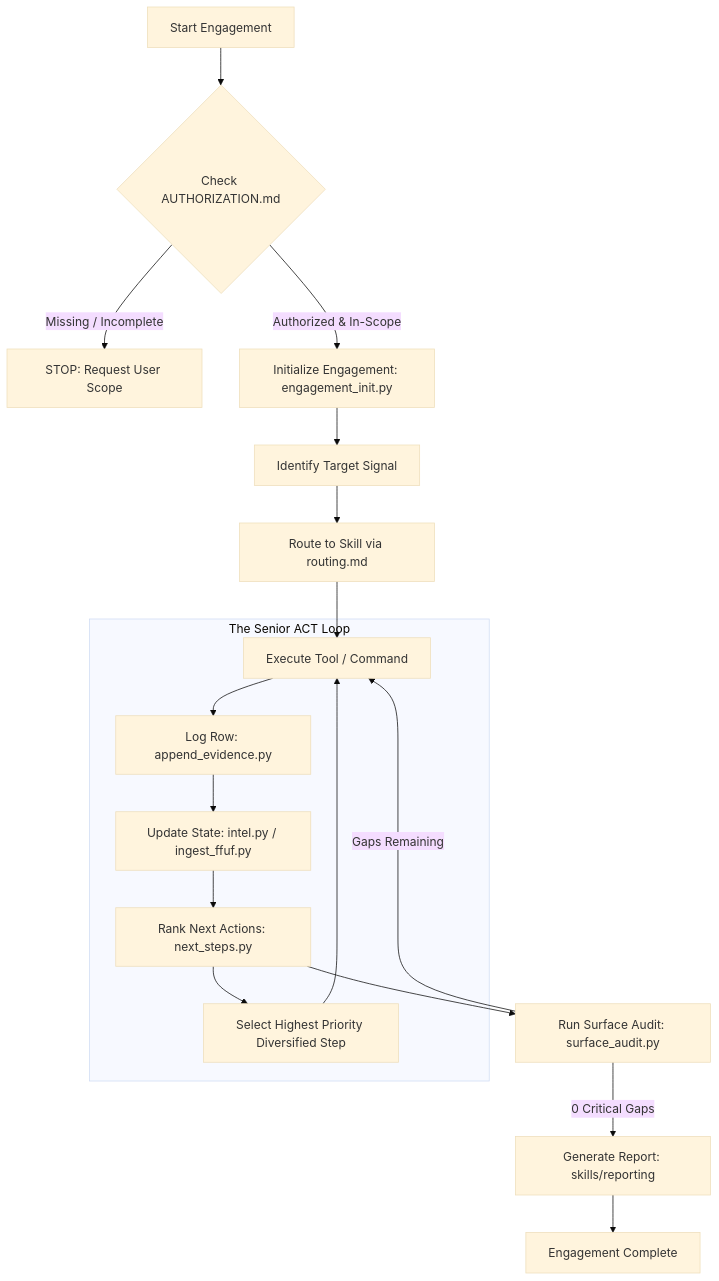
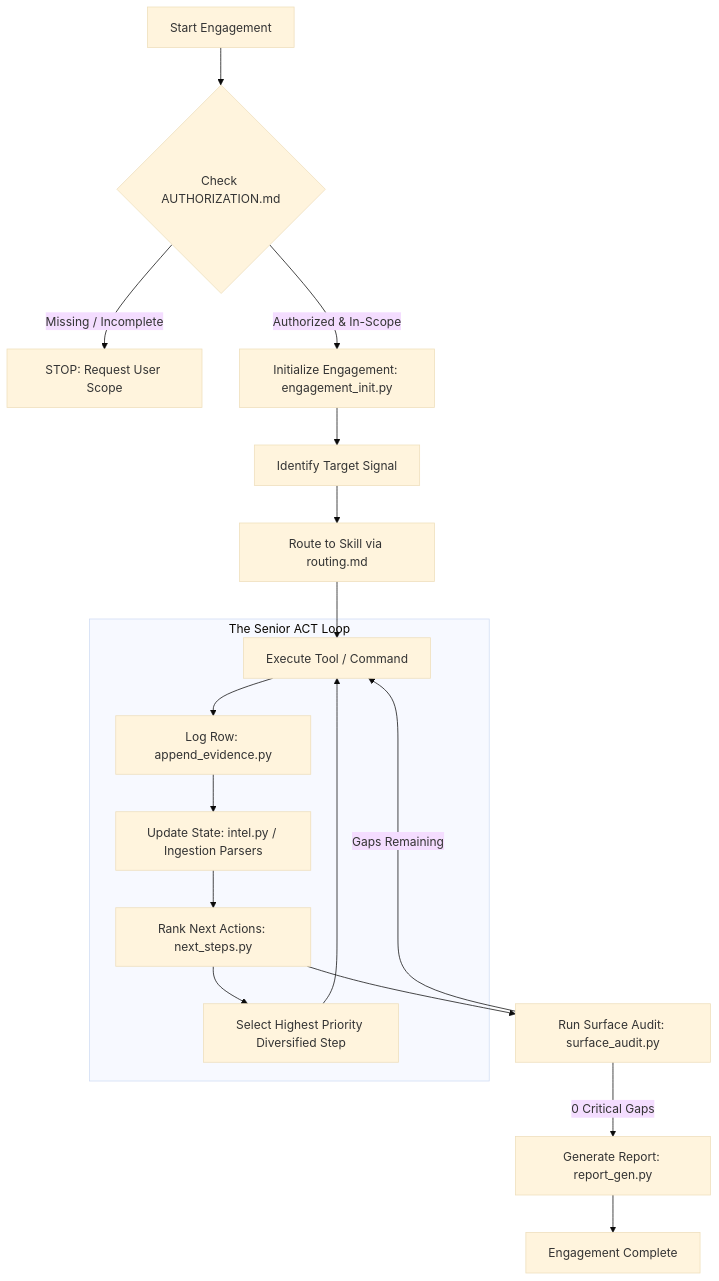
Before and after one commit to shubhadeepsec/kali-agent: the diagram in README.md, drawn with Mermaid (base theme). The commit also changed other lines of this file and 12 other files, not shown here.

Commit message:
feat: Add unified pskill CLI, report generator, tool parsers (httpx, nuclei, swagger), and ai-llm-security playbook

````diff
--- a/README.md
+++ b/README.md
@@ -64,24 +65,24 @@
 ```mermaid
 flowchart TD
     A[Start Engagement] --> B{Check AUTHORIZATION.md}
     B -- Missing / Incomplete --> C[STOP: Request User Scope]
     B -- Authorized & In-Scope --> D[Initialize Engagement: engagement_init.py]
     
     D --> E[Identify Target Signal]
     E --> F[Route to Skill via routing.md]
     
     subgraph Senior_ACT_Loop [The Senior ACT Loop]
         G[Execute Tool / Command] --> H[Log Row: append_evidence.py]
-        H --> I[Update State: intel.py / ingest_ffuf.py]
+        H --> I[Update State: intel.py / Ingestion Parsers]
         I --> J[Rank Next Actions: next_steps.py]
         J --> K[Select Highest Priority Diversified Step]
         K --> G
     end
     
     F --> G
     J --> L[Run Surface Audit: surface_audit.py]
     
     L -- Gaps Remaining --> G
-    L -- 0 Critical Gaps --> M[Generate Report: skills/reporting]
+    L -- 0 Critical Gaps --> M[Generate Report: report_gen.py]
     M --> N[Engagement Complete]
 ```
````
